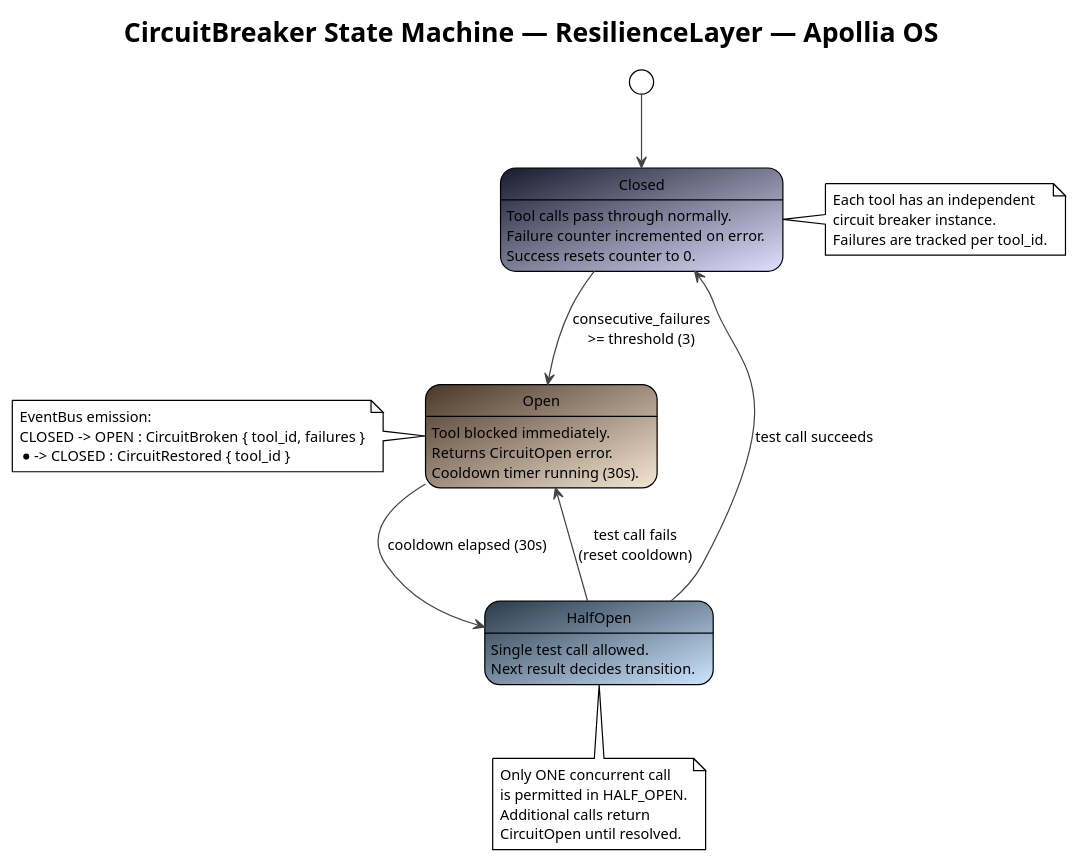
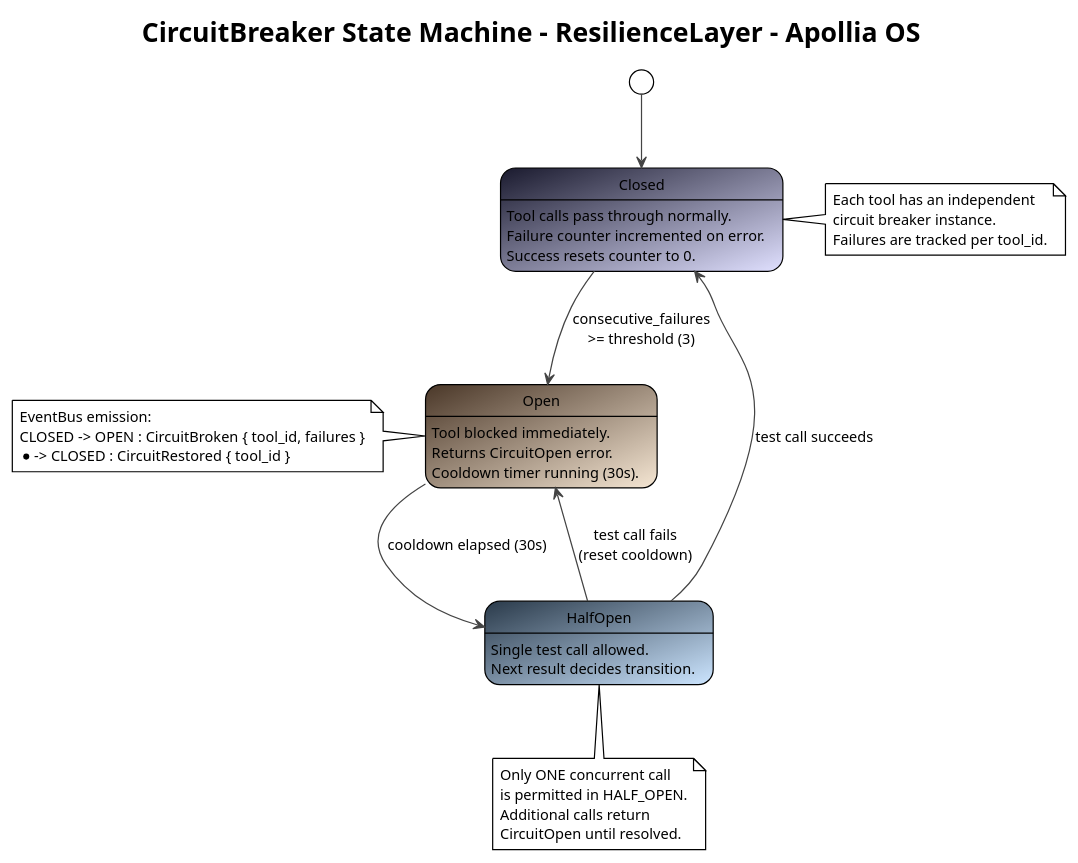
One commit to nidal-z/apollia-os changed the diagram in docs/diagrams/state-circuit-breaker.puml. Above: the diagram before and after it, drawn with PlantUML. The commit also changed 863 other files, not shown here.

```diff
--- a/docs/diagrams/state-circuit-breaker.puml
+++ b/docs/diagrams/state-circuit-breaker.puml
@@ -1,43 +1,43 @@
 @startuml state-circuit-breaker
 !theme plain
 skinparam backgroundColor #FFFFFF
 skinparam defaultFontName "JetBrains Mono"
 skinparam defaultFontSize 12
 skinparam ArrowColor #444444
 skinparam BorderColor #444444
 
-title CircuitBreaker State Machine — ResilienceLayer — Apollia OS
+title CircuitBreaker State Machine - ResilienceLayer - Apollia OS
 
 [*] --> Closed
 
 state Closed #1a1a2e/e0e0ff : Tool calls pass through normally.\nFailure counter incremented on error.\nSuccess resets counter to 0.
 
 state Open #4a3728/f5e6d3 : Tool blocked immediately.\nReturns CircuitOpen error.\nCooldown timer running (30s).
 
 state HalfOpen #2a3a4a/cce5ff : Single test call allowed.\nNext result decides transition.
 
 Closed --> Open : consecutive_failures\n>= threshold (3)
 Open --> HalfOpen : cooldown elapsed (30s)
 HalfOpen --> Closed : test call succeeds
 HalfOpen --> Open : test call fails\n(reset cooldown)
 
 note right of Closed
   Each tool has an independent
   circuit breaker instance.
   Failures are tracked per tool_id.
 end note
 
 note left of Open
   EventBus emission:
   CLOSED -> OPEN : CircuitBroken { tool_id, failures }
   * -> CLOSED : CircuitRestored { tool_id }
 end note
 
 note bottom of HalfOpen
   Only ONE concurrent call
   is permitted in HALF_OPEN.
   Additional calls return
   CircuitOpen until resolved.
 end note
 
 @enduml
```
